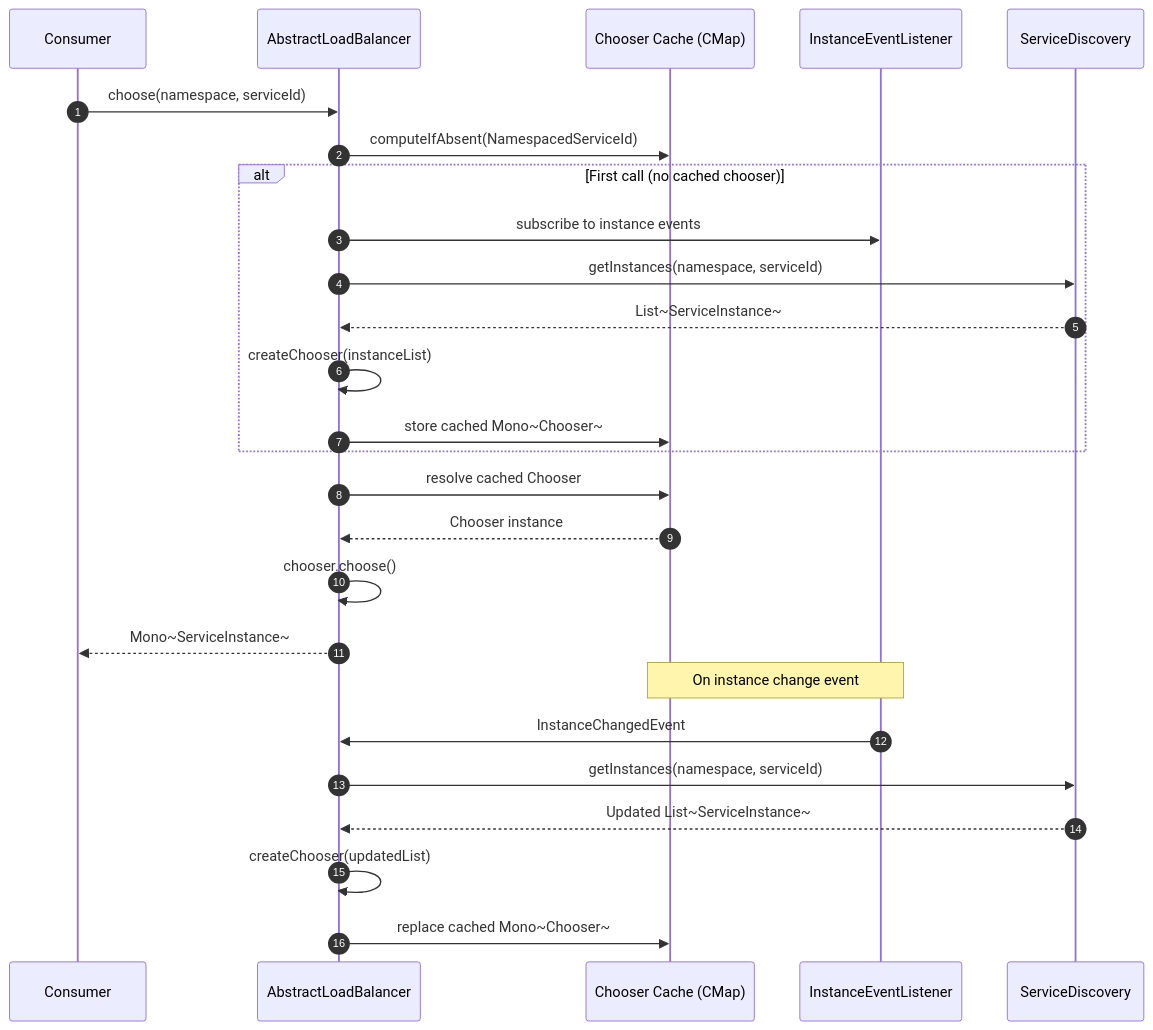
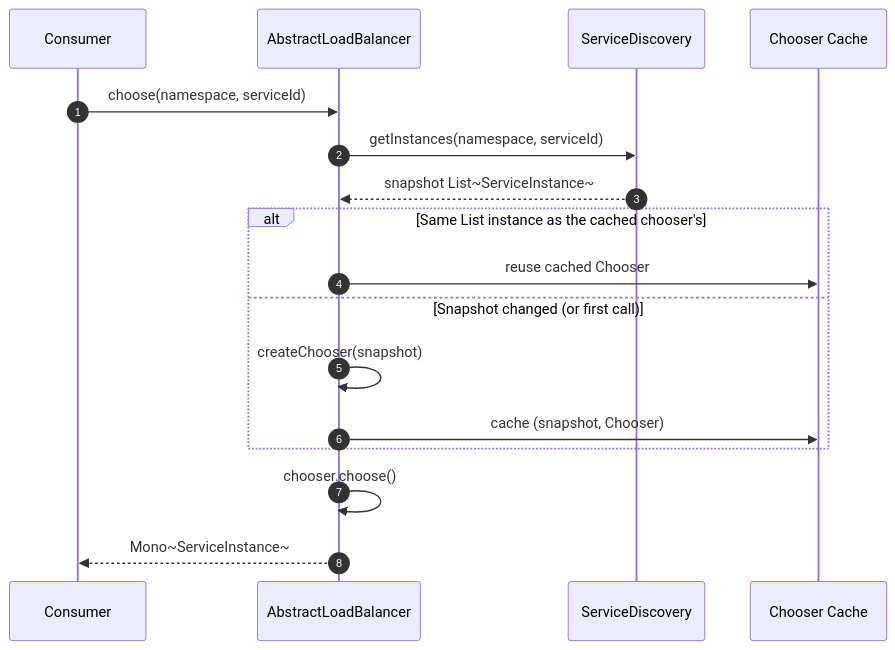
Before and after one commit to Ahoo-Wang/CoSky: the third of 3 diagrams in wiki/guide/load-balancers.md, drawn with Mermaid. The commit also changed other lines of this file and 35 other files, not shown here.

````diff
--- a/wiki/guide/load-balancers.md
+++ b/wiki/guide/load-balancers.md
@@ -209,32 +208,22 @@
 ```mermaid
 sequenceDiagram
     autonumber
     participant Client as Consumer
     participant ALB as AbstractLoadBalancer
-    participant Cache as Chooser Cache (CMap)
-    participant PubSub as InstanceEventListener
     participant SD as ServiceDiscovery
+    participant Cache as Chooser Cache
 
     Client->>ALB: choose(namespace, serviceId)
-    ALB->>Cache: computeIfAbsent(NamespacedServiceId)
+    ALB->>SD: getInstances(namespace, serviceId)
+    SD-->>ALB: snapshot List~ServiceInstance~
 
-    alt First call (no cached chooser)
-        ALB->>PubSub: subscribe to instance events
-        ALB->>SD: getInstances(namespace, serviceId)
-        SD-->>ALB: List~ServiceInstance~
-        ALB->>ALB: createChooser(instanceList)
-        ALB->>Cache: store cached Mono~Chooser~
+    alt Same List instance as the cached chooser's
+        ALB->>Cache: reuse cached Chooser
+    else Snapshot changed (or first call)
+        ALB->>ALB: createChooser(snapshot)
+        ALB->>Cache: cache (snapshot, Chooser)
     end
 
-    ALB->>Cache: resolve cached Chooser
-    Cache-->>ALB: Chooser instance
     ALB->>ALB: chooser.choose()
     ALB-->>Client: Mono~ServiceInstance~
-
-    Note over PubSub,Cache: On instance change event
-    PubSub->>ALB: InstanceChangedEvent
-    ALB->>SD: getInstances(namespace, serviceId)
-    SD-->>ALB: Updated List~ServiceInstance~
-    ALB->>ALB: createChooser(updatedList)
-    ALB->>Cache: replace cached Mono~Chooser~
 ```
````
